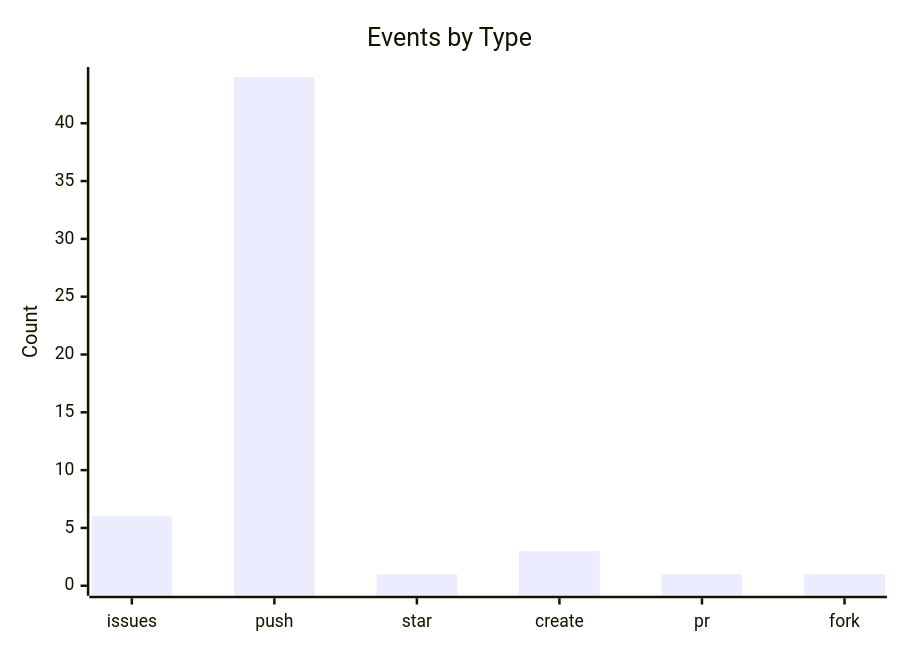
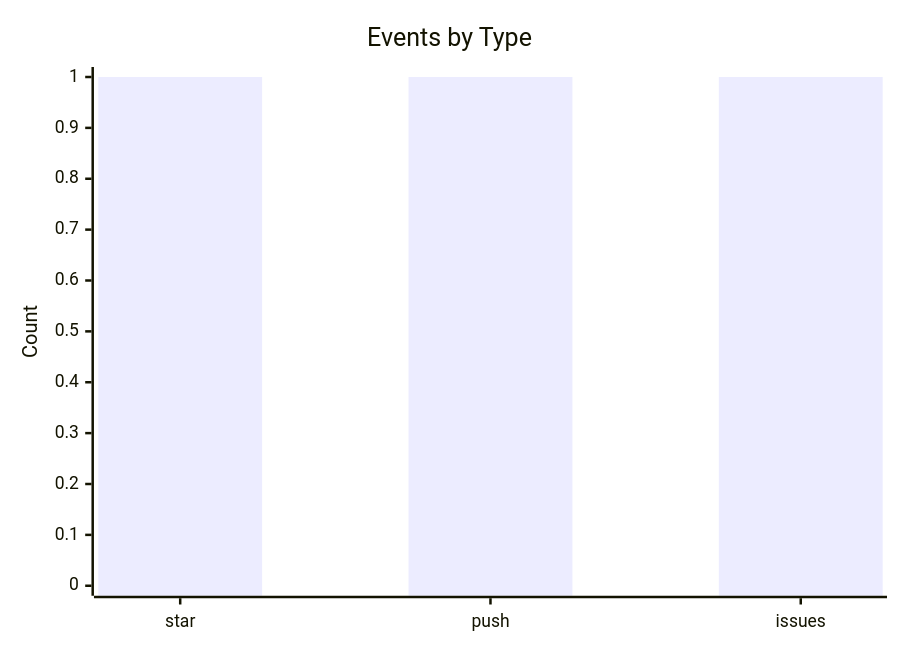
One commit to lunarshe11/lunarshe11 changed the third of 3 diagrams in README.md. Above: the diagram before and after it, drawn with Mermaid. The commit also changed other lines of this file, not shown here.

````diff
--- a/README.md
+++ b/README.md
@@ -39,7 +37,7 @@
 ```mermaid
 xychart-beta
     title "Events by Type"
-    x-axis ["issues", "push", "star", "create", "pr", "fork"]
-    y-axis "Count" 0 --> 44
-    bar [6, 44, 1, 3, 1, 1]
+    x-axis ["star", "push", "issues"]
+    y-axis "Count" 0 --> 1
+    bar [1, 1, 1]
 ```
````
